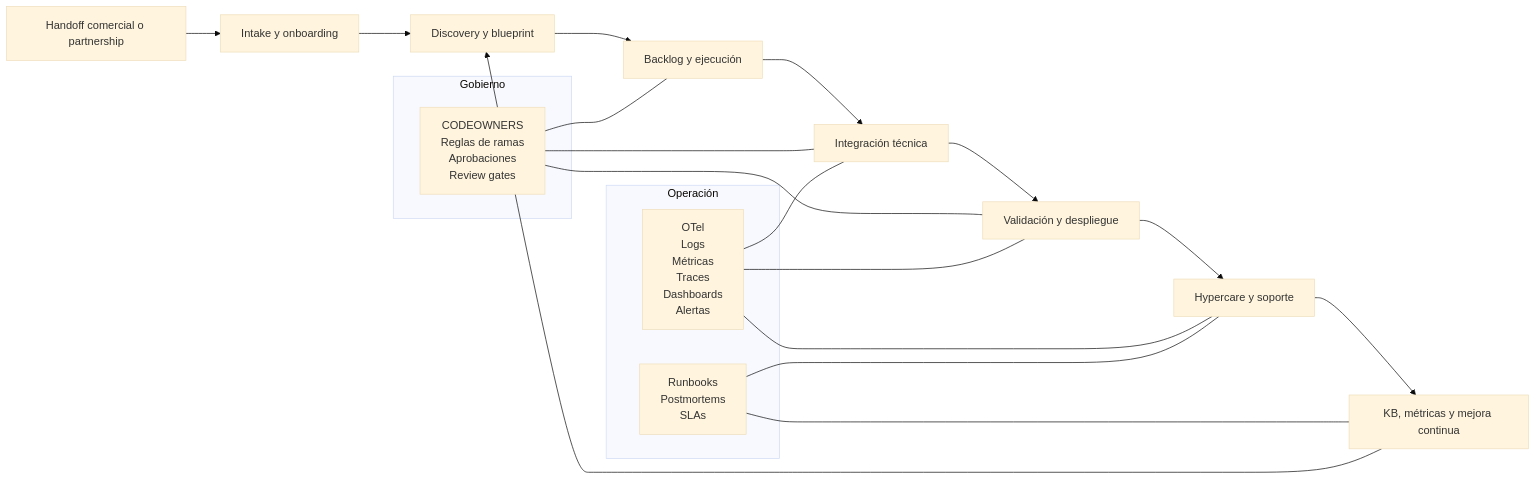
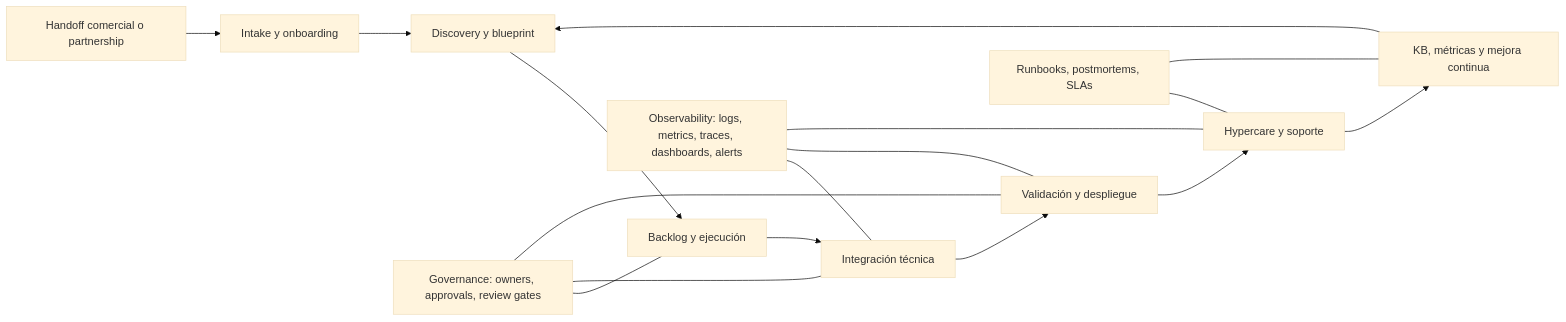
The first of 2 diagrams in README.md (ecr17dev/framework_fde), drawn with Mermaid (base theme) before and after one commit. The commit also changed other lines of this file, not shown here.

````diff
--- a/README.md
+++ b/README.md
@@ -93,29 +135,22 @@
 ```mermaid
 flowchart LR
     A[Handoff comercial o partnership] --> B[Intake y onboarding]
     B --> C[Discovery y blueprint]
     C --> D[Backlog y ejecución]
     D --> E[Integración técnica]
     E --> F[Validación y despliegue]
     F --> G[Hypercare y soporte]
     G --> H[KB, métricas y mejora continua]
     H --> C
 
-    subgraph Gobierno
-        I[CODEOWNERS\nReglas de ramas\nAprobaciones\nReview gates]
-    end
-
-    subgraph Operación
-        J[OTel\nLogs\nMétricas\nTraces\nDashboards\nAlertas]
-        K[Runbooks\nPostmortems\nSLAs]
-    end
-
-    I --- D
+    I[Governance: owners, approvals, review gates] --- D
     I --- E
     I --- F
-    J --- E
+
+    J[Observability: logs, metrics, traces, dashboards, alerts] --- E
     J --- F
     J --- G
-    K --- G
+
+    K[Runbooks, postmortems, SLAs] --- G
     K --- H
 ```
````
